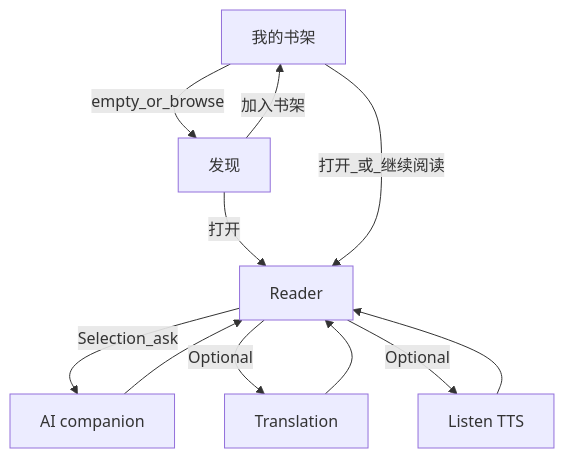
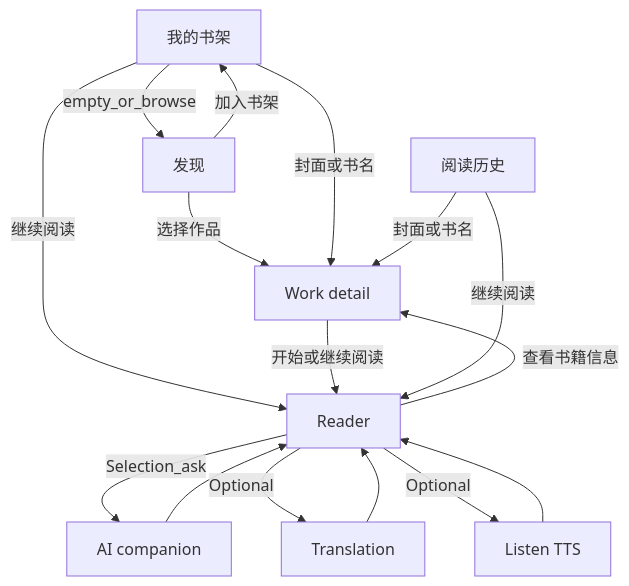
One commit to zguiyang/gloaming-reader changed the diagram in docs/product/prototype-flows.md. Above: the diagram before and after it, drawn with Mermaid. The commit also changed other lines of this file and 6 other files, not shown here.

````diff
--- a/docs/product/prototype-flows.md
+++ b/docs/product/prototype-flows.md
@@ -58,13 +59,18 @@
 ```mermaid
 flowchart TD
   Shelf[我的书架] -->|empty_or_browse| Discover[发现]
   Discover -->|加入书架| Shelf
-  Discover -->|打开| R[Reader]
-  Shelf -->|打开_或_继续阅读| R
+  Discover -->|选择作品| Detail[Work detail]
+  Shelf -->|封面或书名| Detail
+  Shelf -->|继续阅读| R[Reader]
+  Detail -->|开始或继续阅读| R
+  History[阅读历史] -->|封面或书名| Detail
+  History -->|继续阅读| R
+  R -->|查看书籍信息| Detail
   R -->|Selection_ask| A[AI companion]
   R -->|Optional| T[Translation]
   R -->|Optional| L[Listen TTS]
   A --> R
   T --> R
   L --> R
 ```
````
